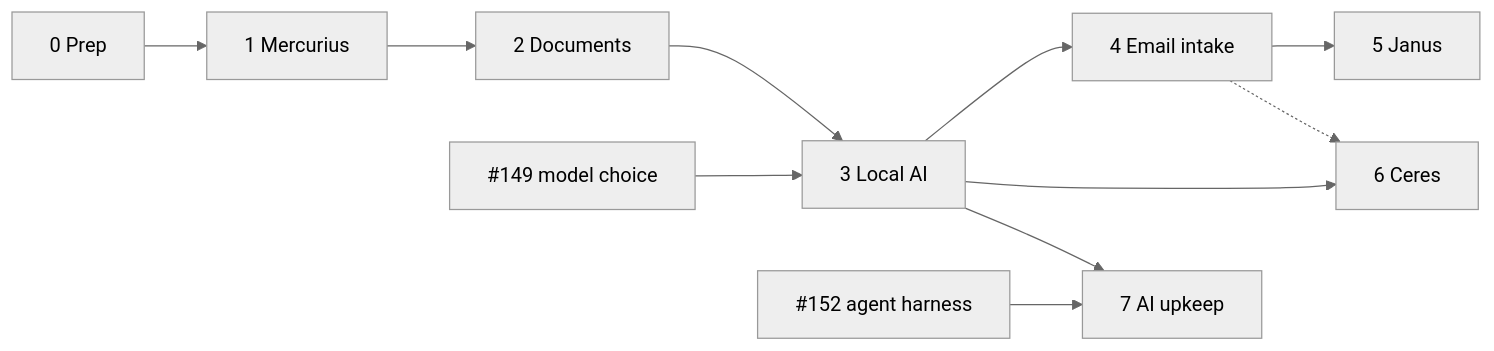
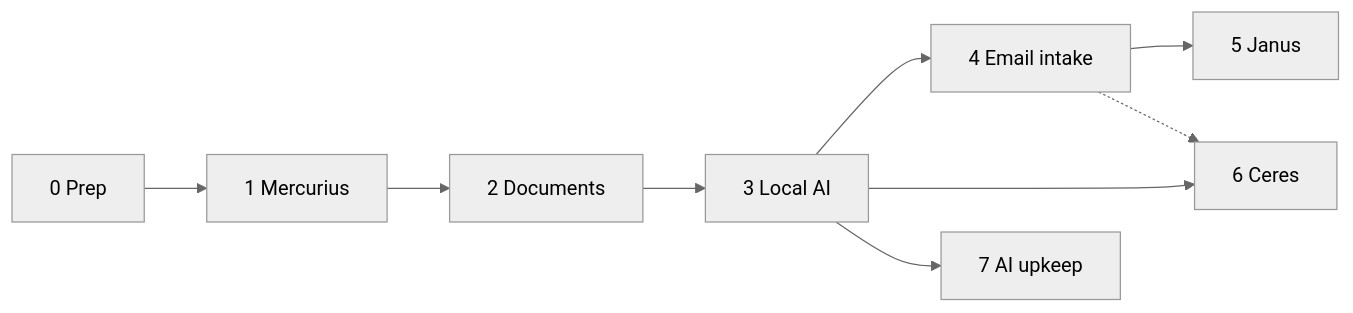
One commit to hsimah/the-loft changed the diagram in docs/automation/roadmap.md. Above: the diagram before and after it, drawn with Mermaid (neutral theme). The commit also changed other lines of this file and 10 other files, not shown here.

````diff
--- a/docs/automation/roadmap.md
+++ b/docs/automation/roadmap.md
@@ -7,10 +7,8 @@
 ```mermaid
 flowchart LR
   p0[0 Prep] --> p1[1 Mercurius] --> p2[2 Documents] --> p3[3 Local AI]
   p3 --> p4[4 Email intake] --> p5[5 Janus]
   p3 --> p6[6 Ceres]
   p4 -.-> p6
   p3 --> p7[7 AI upkeep]
-  c149[#149 model choice] --> p3
-  c152[#152 agent harness] --> p7
 ```
````
